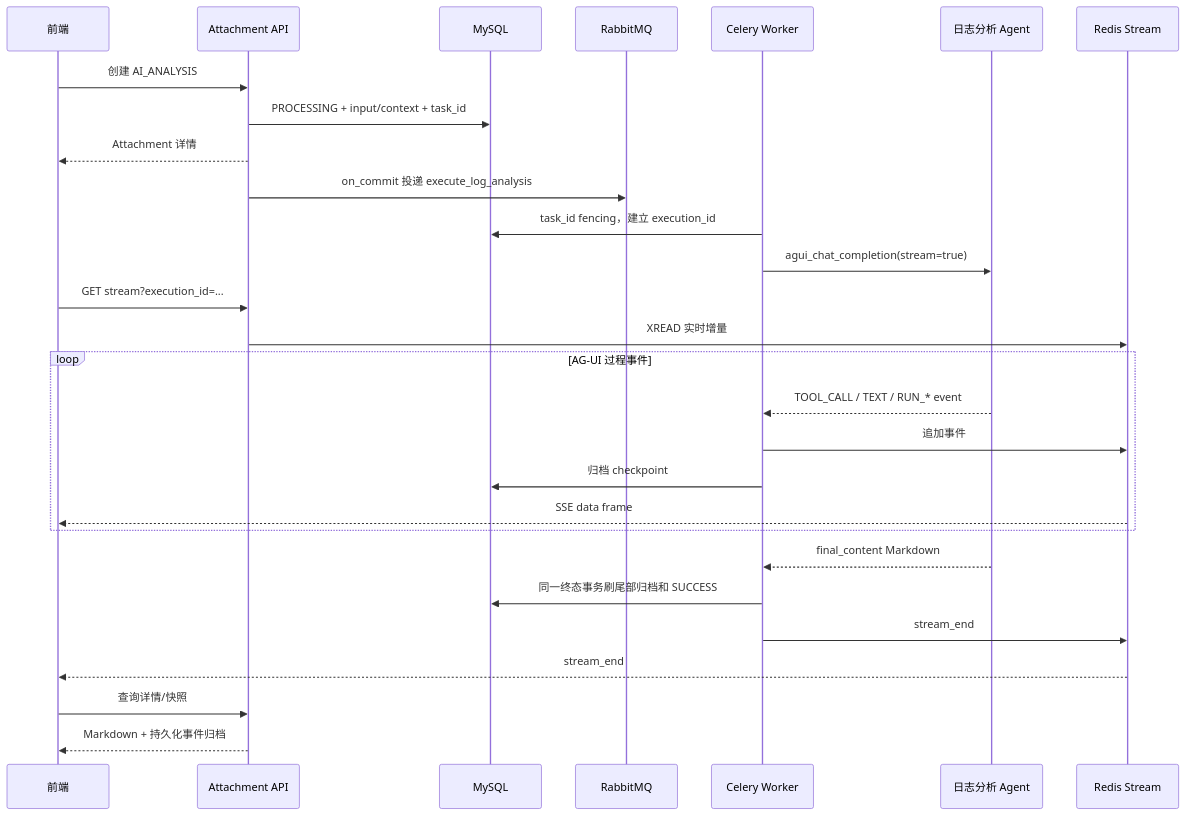
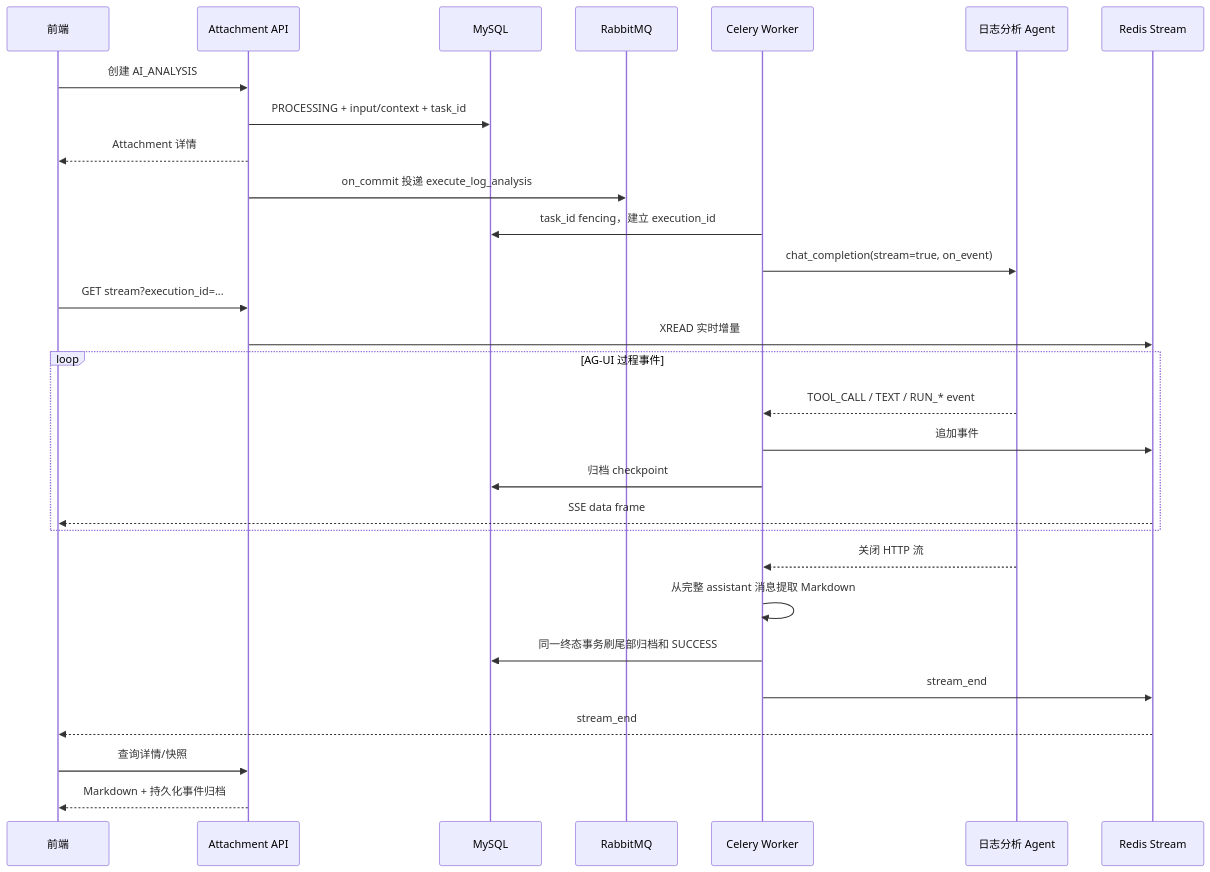
One commit to TencentBlueKing/bk-audit changed the second of 2 diagrams in src/backend/services/web/ai_assistant/docs/log_analysis.md. Above: the diagram before and after it, drawn with Mermaid. The commit also changed other lines of this file and 61 other files, not shown here.

````diff
--- a/src/backend/services/web/ai_assistant/docs/log_analysis.md
+++ b/src/backend/services/web/ai_assistant/docs/log_analysis.md
@@ -67,31 +75,32 @@
 ```mermaid
 sequenceDiagram
     participant FE as 前端
     participant API as Attachment API
     participant DB as MySQL
     participant MQ as RabbitMQ
     participant W as Celery Worker
     participant A as 日志分析 Agent
     participant R as Redis Stream
 
     FE->>API: 创建 AI_ANALYSIS
     API->>DB: PROCESSING + input/context + task_id
     API-->>FE: Attachment 详情
     API->>MQ: on_commit 投递 execute_log_analysis
     W->>DB: task_id fencing，建立 execution_id
-    W->>A: agui_chat_completion(stream=true)
+    W->>A: chat_completion(stream=true, on_event)
     FE->>API: GET stream?execution_id=...
     API->>R: XREAD 实时增量
     loop AG-UI 过程事件
         A-->>W: TOOL_CALL / TEXT / RUN_* event
         W->>R: 追加事件
         W->>DB: 归档 checkpoint
         R-->>FE: SSE data frame
     end
-    A-->>W: final_content Markdown
+    A-->>W: 关闭 HTTP 流
+    W->>W: 从完整 assistant 消息提取 Markdown
     W->>DB: 同一终态事务刷尾部归档和 SUCCESS
     W->>R: stream_end
     R-->>FE: stream_end
     FE->>API: 查询详情/快照
     API-->>FE: Markdown + 持久化事件归档
 ```
````
